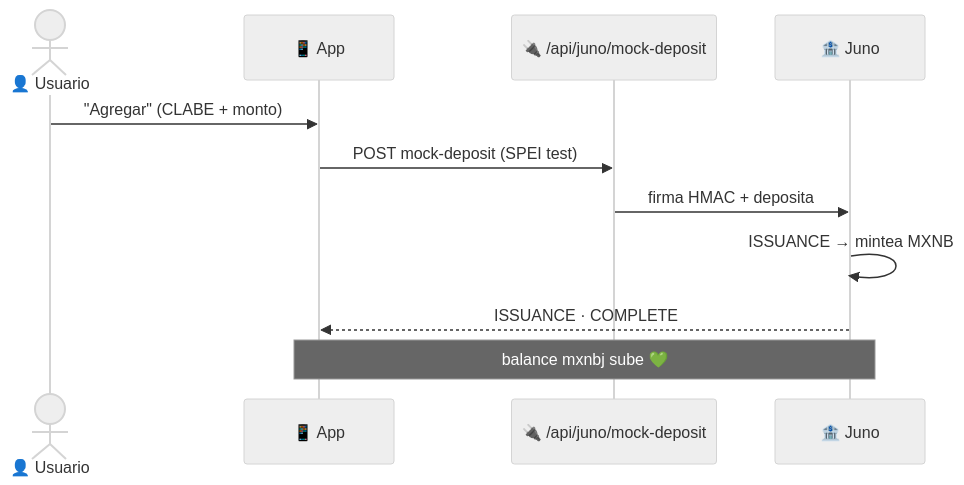
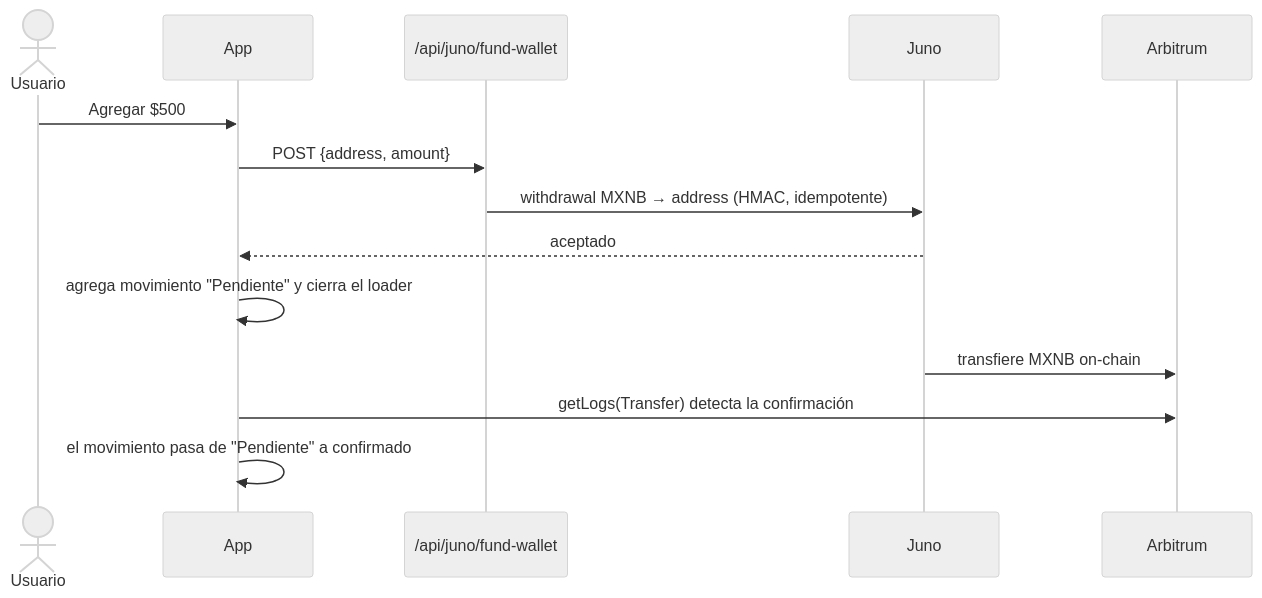
The third of 6 diagrams in README.md (Seyfert-Labs/SEYF-P), drawn with Mermaid (neutral theme) before and after one commit. The commit also changed other lines of this file and 8 other files, not shown here.

````diff
--- a/README.md
+++ b/README.md
@@ -125,13 +164,16 @@
 ```mermaid
 sequenceDiagram
-    actor U as 👤 Usuario
-    participant App as 📱 App
-    participant API as 🔌 /api/juno/mock-deposit
-    participant Juno as 🏦 Juno
-    U->>App: "Agregar" (CLABE + monto)
-    App->>API: POST mock-deposit (SPEI test)
-    API->>Juno: firma HMAC + deposita
-    Juno->>Juno: ISSUANCE → mintea MXNB
-    Juno-->>App: ISSUANCE · COMPLETE
-    Note over App,Juno: balance mxnbj sube 💚
+    actor U as Usuario
+    participant App
+    participant API as /api/juno/fund-wallet
+    participant Juno
+    participant Arb as Arbitrum
+    U->>App: Agregar $500
+    App->>API: POST {address, amount}
+    API->>Juno: withdrawal MXNB → address (HMAC, idempotente)
+    Juno-->>App: aceptado
+    App->>App: agrega movimiento "Pendiente" y cierra el loader
+    Juno->>Arb: transfiere MXNB on-chain
+    App->>Arb: getLogs(Transfer) detecta la confirmación
+    App->>App: el movimiento pasa de "Pendiente" a confirmado
 ```
````
